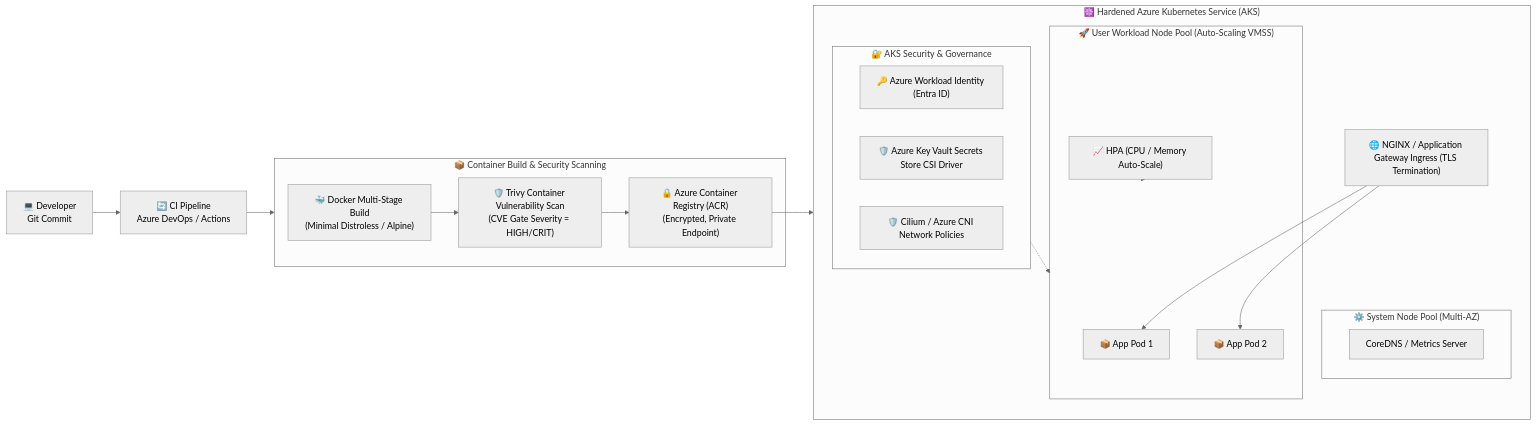
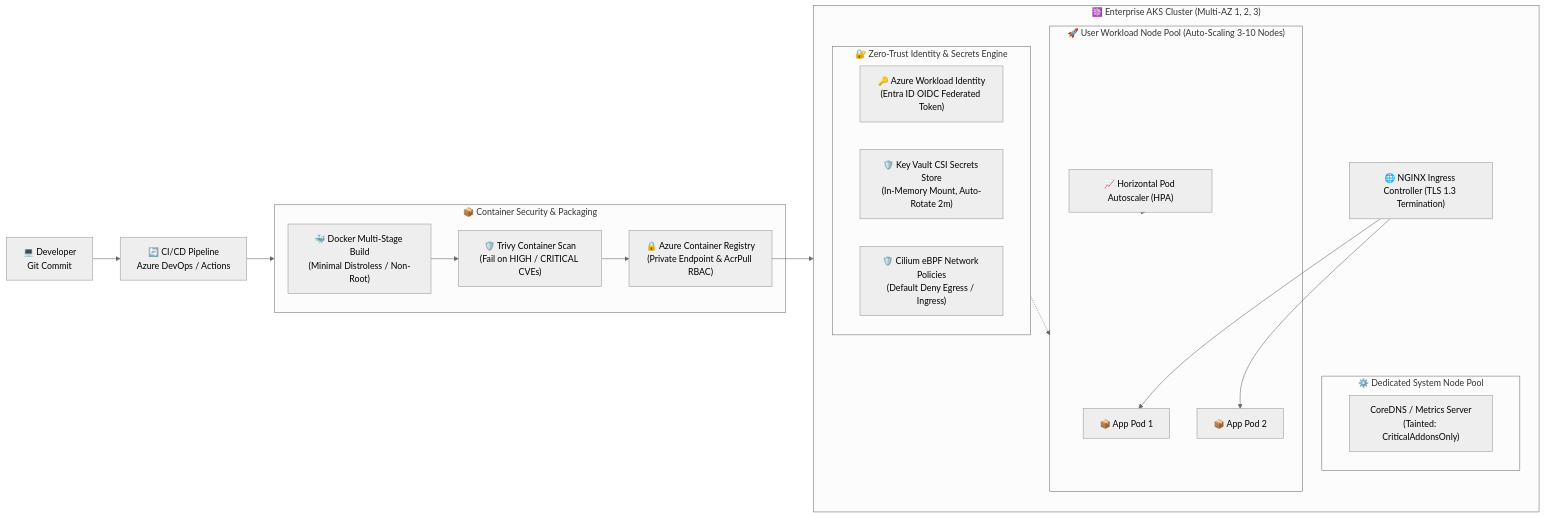
One commit to patelneetu10-stack/patelneetu10-stack changed the second of 4 diagrams in README.md. Above: the diagram before and after it, drawn with Mermaid (neutral theme). The commit also changed other lines of this file and 1 other file, not shown here.

Commit message:
feat: revamp profile README and add 3D isometric cloud architecture visual

````diff
--- a/README.md
+++ b/README.md
@@ -195,40 +186,40 @@
 ```mermaid
 flowchart LR
-    Dev["💻 Developer<br/>Git Commit"] --> Pipeline["🔄 CI Pipeline<br/>Azure DevOps / Actions"]
-    
-    subgraph BuildScan["📦 Container Build & Security Scanning"]
-        DockerBuild["🐳 Docker Multi-Stage Build<br/>(Minimal Distroless / Alpine)"]
-        TrivyScan["🛡️ Trivy Container Vulnerability Scan<br/>(CVE Gate Severity = HIGH/CRIT)"]
-        ACR["🔒 Azure Container Registry (ACR)<br/>(Encrypted, Private Endpoint)"]
+    Dev["💻 Developer<br/>Git Commit"] --> Pipeline["🔄 CI/CD Pipeline<br/>Azure DevOps / Actions"]
+
+    subgraph BuildScan["📦 Container Security & Packaging"]
+        DockerBuild["🐳 Docker Multi-Stage Build<br/>(Minimal Distroless / Non-Root)"]
+        TrivyScan["🛡️ Trivy Container Scan<br/>(Fail on HIGH / CRITICAL CVEs)"]
+        ACR["🔒 Azure Container Registry<br/>(Private Endpoint & AcrPull RBAC)"]
         
         DockerBuild --> TrivyScan --> ACR
     end
-    
-    subgraph AKSCluster["☸️ Hardened Azure Kubernetes Service (AKS)"]
-        Ingress["🌐 NGINX / Application Gateway Ingress (TLS Termination)"]
-        
-        subgraph SystemPool["⚙️ System Node Pool (Multi-AZ)"]
-            CoreDNS["CoreDNS / Metrics Server"]
+
+    subgraph AKSCluster["☸️ Enterprise AKS Cluster (Multi-AZ 1, 2, 3)"]
+        Ingress["🌐 NGINX Ingress Controller (TLS 1.3 Termination)"]
+
+        subgraph SystemPool["⚙️ Dedicated System Node Pool"]
+            CoreDNS["CoreDNS / Metrics Server<br/>(Tainted: CriticalAddonsOnly)"]
         end
-        
-        subgraph UserPool["🚀 User Workload Node Pool (Auto-Scaling VMSS)"]
+
+        subgraph UserPool["🚀 User Workload Node Pool (Auto-Scaling 3-10 Nodes)"]
             Pod1["📦 App Pod 1"]
             Pod2["📦 App Pod 2"]
-            HPA["📈 HPA (CPU / Memory Auto-Scale)"]
+            HPA["📈 Horizontal Pod Autoscaler (HPA)"]
         end
-        
-        subgraph AKSSecurity["🔐 AKS Security & Governance"]
-            WorkloadId["🔑 Azure Workload Identity (Entra ID)"]
-            KeyVaultCSI["🛡️ Azure Key Vault Secrets Store CSI Driver"]
-            Cilium["🛡️ Cilium / Azure CNI Network Policies"]
+
+        subgraph AKSSecurity["🔐 Zero-Trust Identity & Secrets Engine"]
+            WorkloadId["🔑 Azure Workload Identity<br/>(Entra ID OIDC Federated Token)"]
+            CSIDriver["🛡️ Key Vault CSI Secrets Store<br/>(In-Memory Mount, Auto-Rotate 2m)"]
+            Cilium["🛡️ Cilium eBPF Network Policies<br/>(Default Deny Egress / Ingress)"]
         end
-        
+
         Ingress --> Pod1
         Ingress --> Pod2
         HPA -.-> UserPool
         AKSSecurity -.-> UserPool
     end
-    
+
     Pipeline --> BuildScan
     ACR --> AKSCluster
 ```
````
